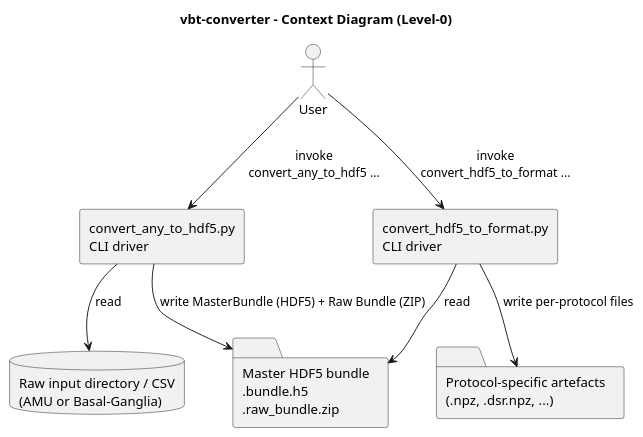
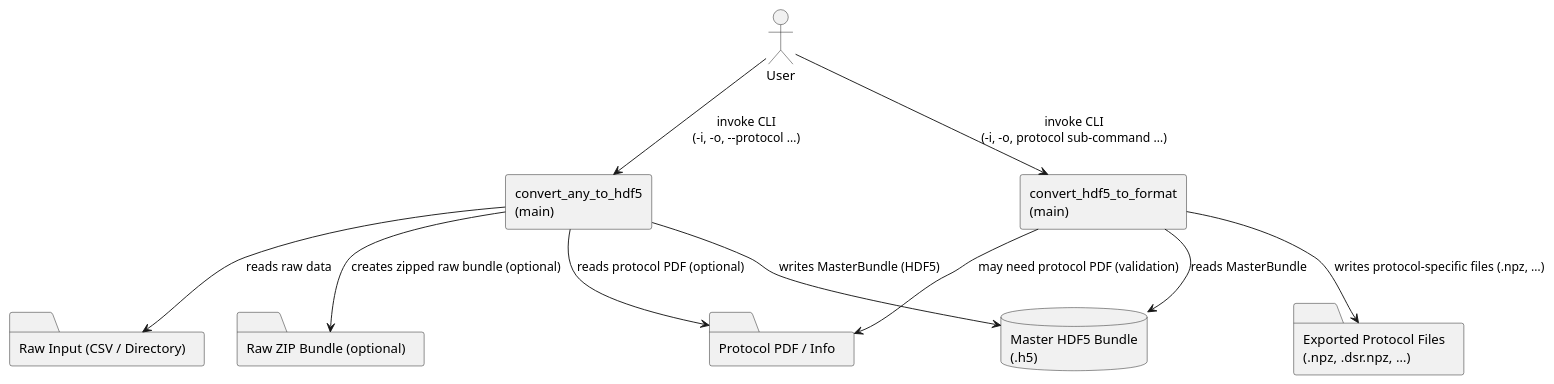
Before and after one commit to virtual-brain-twins/vbt-converter: the diagram in docs/dfd_level_0.puml, drawn with PlantUML. The commit also changed 14 other files, not shown here.

Commit message:
docs: updated the uml diagrams as per the latest changes in schema

```diff
--- a/docs/dfd_level_0.puml
+++ b/docs/dfd_level_0.puml
@@ -1,20 +1,29 @@
-@startuml
-title vbt-converter - Context Diagram (Level-0)
-
+@startuml dfd_level_0
+' === Actors / External Entities ===
 actor User
 
-rectangle "convert_any_to_hdf5.py\nCLI driver"          as CLI1
-rectangle "convert_hdf5_to_format.py\nCLI driver"      as CLI2
+' === External Data Stores ===
+folder "Raw Input (CSV / Directory)" as INPUT
+database "Master HDF5 Bundle\n(.h5)" as MASTER
+folder "Protocol PDF / Info" as PROTOINFO
+folder "Raw ZIP Bundle (optional)" as RAWZIP
+folder "Exported Protocol Files\n(.npz, .dsr.npz, …)" as EXPORT
 
-database  "Raw input directory / CSV\n(AMU or Basal-Ganglia)" as RAW_IN
-folder    "Master HDF5 bundle\n.bundle.h5\n.raw_bundle.zip"                     as H5_ZIP_OUT
-folder    "Protocol-specific artefacts\n(.npz, .dsr.npz, ...)" as PROTO_OUT
+' === Processes ===
+rectangle "convert_any_to_hdf5\n(main)" as CONV_IN
+rectangle "convert_hdf5_to_format\n(main)" as CONV_OUT
 
-User --> CLI1 : invoke\nconvert_any_to_hdf5 ...
-CLI1 --> RAW_IN : read
-CLI1 --> H5_ZIP_OUT : write MasterBundle (HDF5) + Raw Bundle (ZIP)
+' === Data Flows ===
+User --> CONV_IN : invoke CLI\n(-i, -o, --protocol …)
+CONV_IN --> INPUT : reads raw data
+CONV_IN --> PROTOINFO : reads protocol PDF (optional)
+CONV_IN --> RAWZIP : creates zipped raw bundle (optional)
 
-User --> CLI2 : invoke\nconvert_hdf5_to_format ...
-CLI2 --> H5_ZIP_OUT : read
-CLI2 --> PROTO_OUT : write per-protocol files
+CONV_IN --> MASTER : writes MasterBundle (HDF5)
+
+User --> CONV_OUT : invoke CLI\n(-i, -o, protocol sub‑command …)
+CONV_OUT --> MASTER : reads MasterBundle
+CONV_OUT --> PROTOINFO : may need protocol PDF (validation)
+CONV_OUT --> EXPORT : writes protocol‑specific files (.npz, …)
+
 @enduml
```
